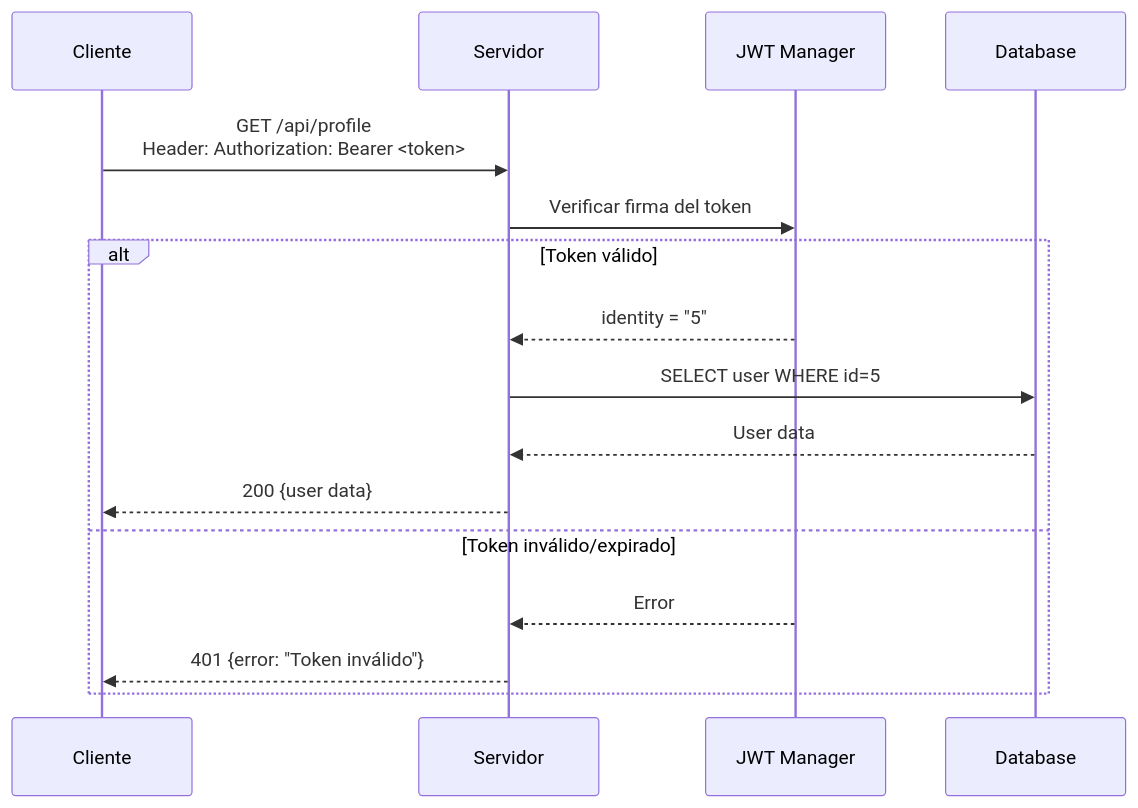
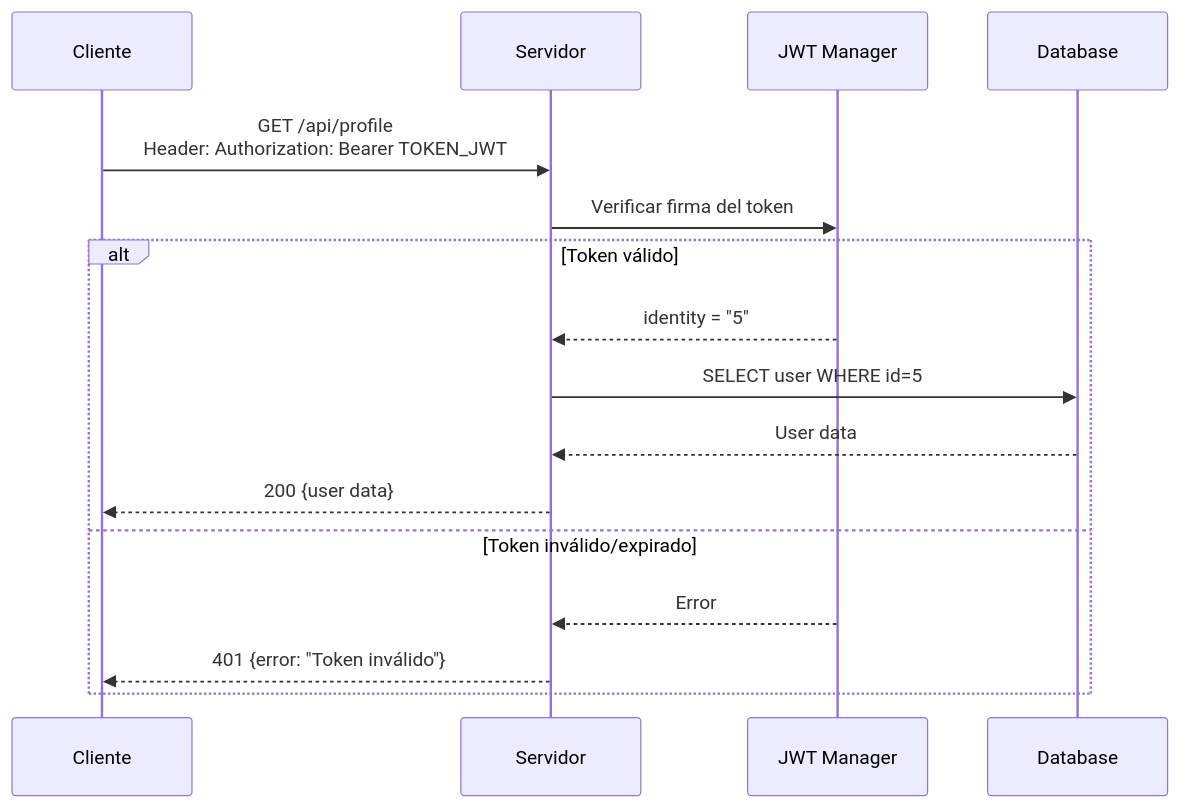
One commit to enaguero/4geeks_academy_spain_fs_pt_129 changed diagram 14 of 14 in day_28/step3-jwt-flask-backend/README.md. Above: the diagram before and after it, drawn with Mermaid. The commit also changed other lines of this file, not shown here.

Commit message:
Diagrama step 03, arreglado

````diff
--- a/day_28/step3-jwt-flask-backend/README.md
+++ b/day_28/step3-jwt-flask-backend/README.md
@@ -795,19 +792,19 @@
 ```mermaid
 sequenceDiagram
     participant C as Cliente
     participant S as Servidor
     participant JWT as JWT Manager
     participant DB as Database
 
-    C->>S: GET /api/profile<br/>Header: Authorization: Bearer <token>
+    C->>S: GET /api/profile<br/>Header: Authorization: Bearer TOKEN_JWT
     S->>JWT: Verificar firma del token
     alt Token válido
         JWT-->>S: identity = "5"
         S->>DB: SELECT user WHERE id=5
         DB-->>S: User data
         S-->>C: 200 {user data}
     else Token inválido/expirado
         JWT-->>S: Error
         S-->>C: 401 {error: "Token inválido"}
     end
 ```
````
